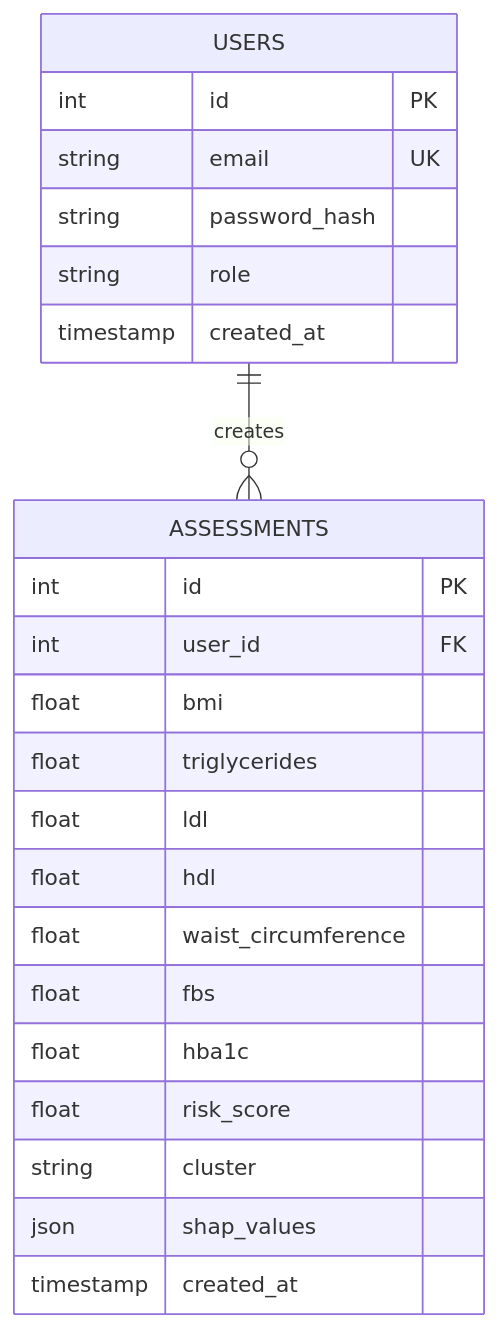
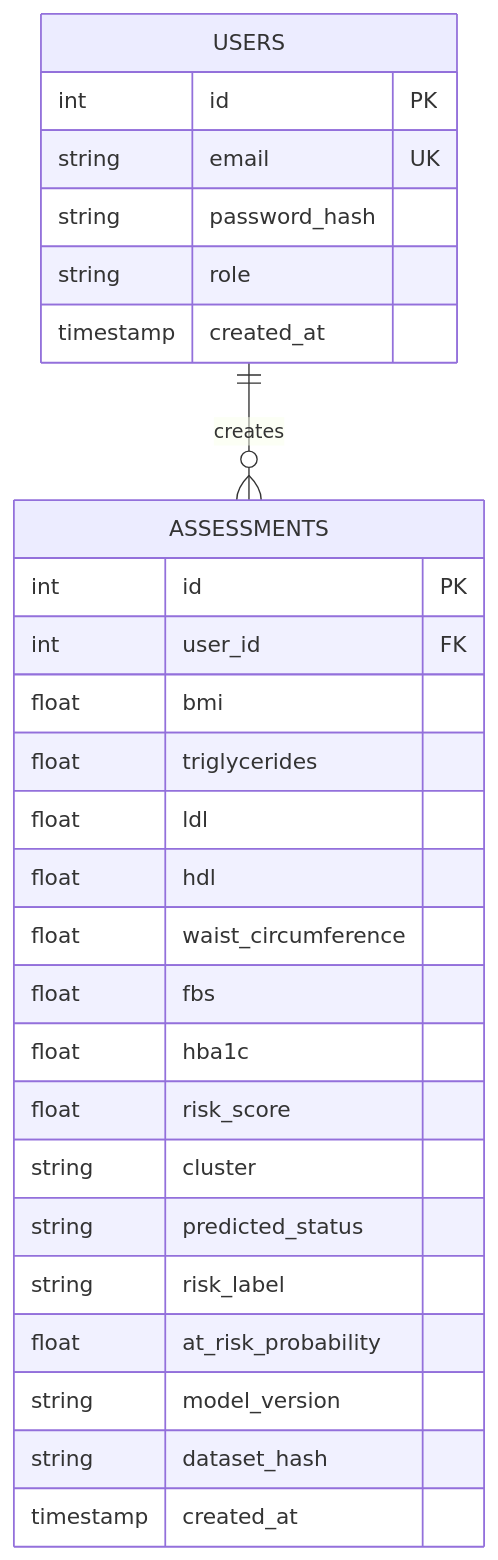
Before and after one commit to Skufu/DianaV2: the sixth of 7 diagrams in docs/07-research/thesis-drafts/ch3+4.md, drawn with Mermaid. The commit also changed other lines of this file and 10 other files, not shown here.

````diff
--- a/docs/07-research/thesis-drafts/ch3+4.md
+++ b/docs/07-research/thesis-drafts/ch3+4.md
@@ -904,28 +841,32 @@
 ```mermaid
 erDiagram
     USERS ||--o{ ASSESSMENTS : creates
-    
+
     USERS {
         int id PK
         string email UK
         string password_hash
         string role
         timestamp created_at
     }
-    
+
     ASSESSMENTS {
         int id PK
         int user_id FK
         float bmi
         float triglycerides
         float ldl
         float hdl
         float waist_circumference
         float fbs
         float hba1c
         float risk_score
         string cluster
-        json shap_values
+        string predicted_status
+        string risk_label
+        float at_risk_probability
+        string model_version
+        string dataset_hash
         timestamp created_at
     }
 ```
````
